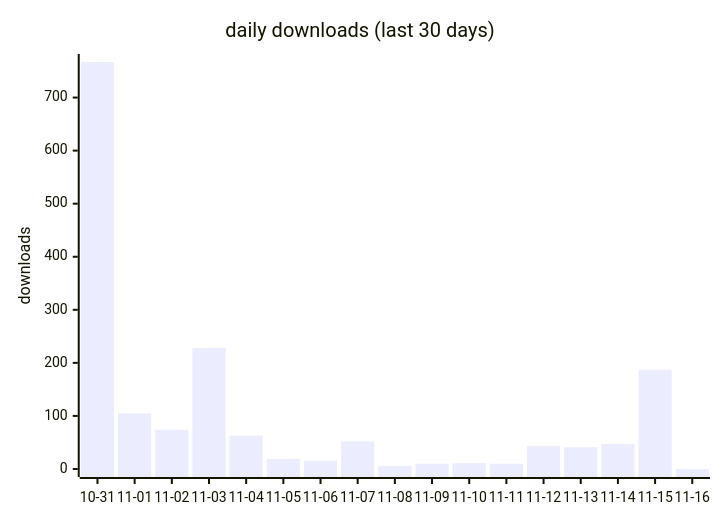
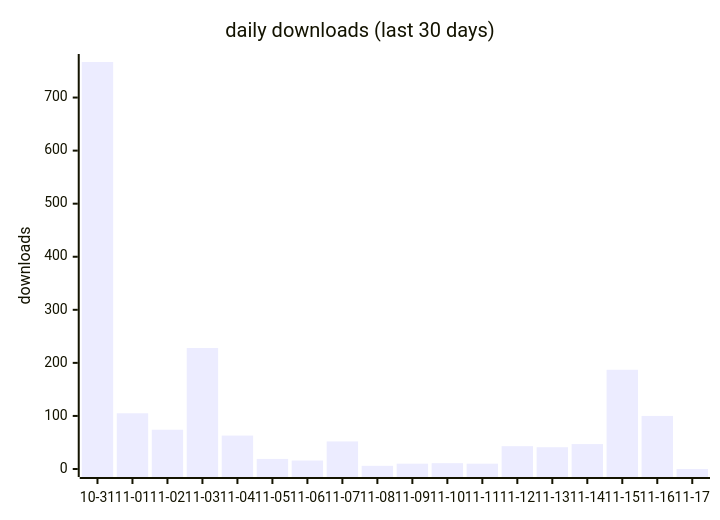
Before and after one commit to terry2010/opencode-loop-recover: the first of 2 diagrams in docs/downloads-2026.md, drawn with Mermaid. The commit also changed other lines of this file and 1 other file, not shown here.

````diff
--- a/docs/downloads-2026.md
+++ b/docs/downloads-2026.md
@@ -19,7 +19,7 @@
 ```mermaid
 xychart-beta
     title "daily downloads (last 30 days)"
-    x-axis ["10-31", "11-01", "11-02", "11-03", "11-04", "11-05", "11-06", "11-07", "11-08", "11-09", "11-10", "11-11", "11-12", "11-13", "11-14", "11-15", "11-16"]
+    x-axis ["10-31", "11-01", "11-02", "11-03", "11-04", "11-05", "11-06", "11-07", "11-08", "11-09", "11-10", "11-11", "11-12", "11-13", "11-14", "11-15", "11-16", "11-17"]
     y-axis "downloads" 0 --> 767
-    bar [767, 105, 74, 228, 63, 19, 16, 52, 6, 10, 11, 10, 43, 41, 47, 187, 0]
+    bar [767, 105, 74, 228, 63, 19, 16, 52, 6, 10, 11, 10, 43, 41, 47, 187, 100, 0]
 ```
````
